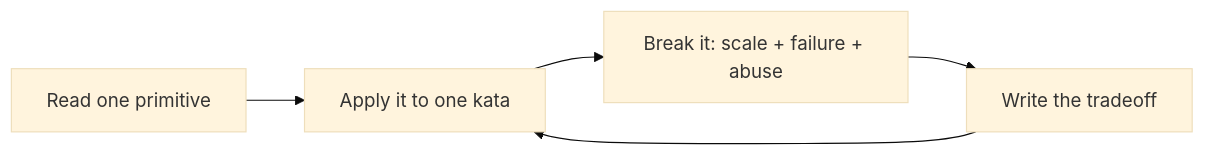
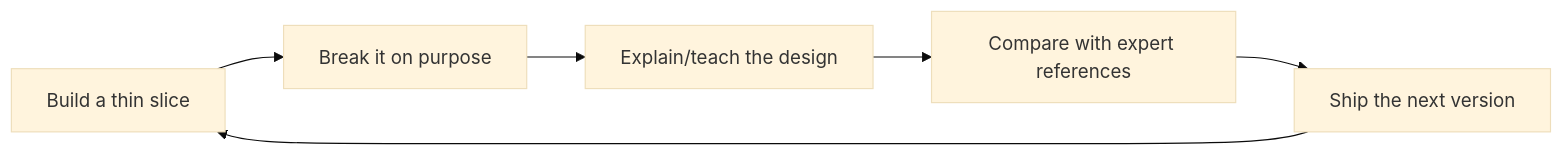
The diagram in README.md (trippyogi/systems-design-knowledge-speedrun), drawn with Mermaid (base theme) before and after one commit. The commit also changed other lines of this file and 5 other files, not shown here.

````diff
--- a/README.md
+++ b/README.md
@@ -37,7 +39,8 @@
 ```mermaid
 flowchart LR
-  A[Read one primitive] --> B[Apply it to one kata]
-  B --> C[Break it: scale + failure + abuse]
-  C --> D[Write the tradeoff]
-  D --> B
+  A[Build a thin slice] --> B[Break it on purpose]
+  B --> C[Explain/teach the design]
+  C --> D[Compare with expert references]
+  D --> E[Ship the next version]
+  E --> A
 ```
````
